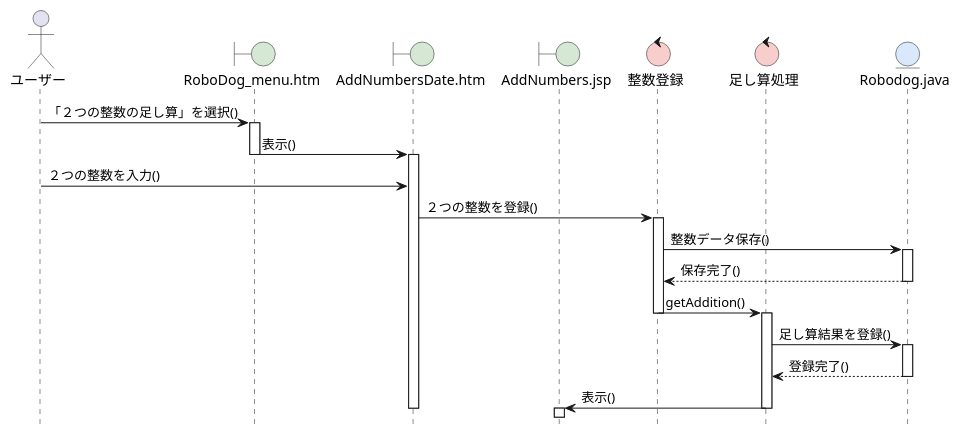
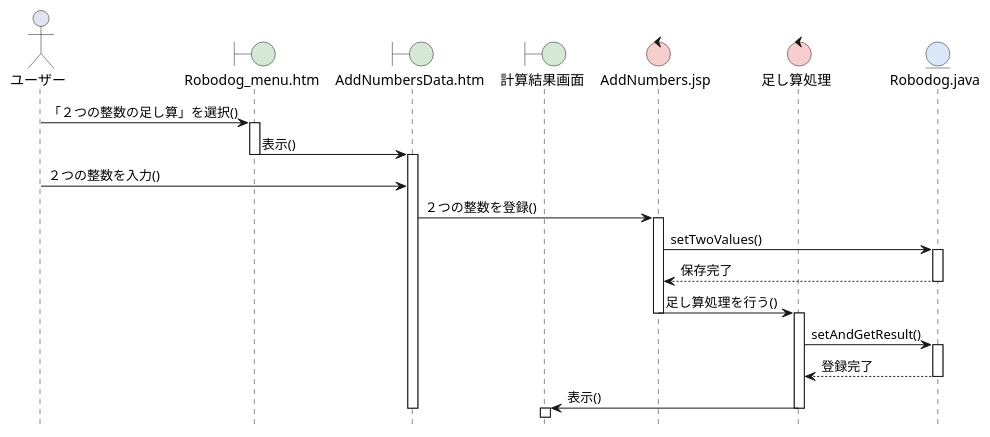
The diagram in 9月16日_資料/9月16日_資料/06_robo_dog/sequence_03_addition.pu (n4tuki/OharaUML), drawn with PlantUML before and after one commit. The commit also changed 7 other files, not shown here.

```diff
--- a/9月16日_資料/9月16日_資料/06_robo_dog/sequence_03_addition.pu
+++ b/9月16日_資料/9月16日_資料/06_robo_dog/sequence_03_addition.pu
@@ -1,44 +1,44 @@
 @startuml RoboDog-２つの整数の足し算シーケンス図
 hide footbox
 skinparam boundaryBackgroundColor #D5E8D4
 skinparam controlBackgroundColor  #F8CECC
 skinparam entityBackgroundColor   #DAE8FC
-
+ 
 actor ユーザー as A
-boundary RoboDog_menu.htm as B1
-boundary "AddNumbersDate.htm" as B2
-boundary "AddNumbers.jsp" as B3
-control 整数登録 as C1
+boundary "Robodog_menu.htm" as B1
+boundary "AddNumbersData.htm" as B2
+boundary 計算結果画面 as B3
+control "AddNumbers.jsp" as C1
 control 足し算処理 as C2
 entity "Robodog.java" as E
-
+ 
 A -> B1: 「２つの整数の足し算」を選択()
 activate B1
-
+ 
 B1 -> B2: 表示()
 deactivate B1
 activate B2
-
+ 
 A -> B2: ２つの整数を入力()
-
+ 
 B2 -> C1: ２つの整数を登録()
 activate C1
-C1 -> E: 整数データ保存()
+C1 -> E: setTwoValues()
 activate E
-E --> C1: 保存完了()
+E --> C1: 保存完了
 deactivate E
-
-C1 -> C2: getAddition()
+ 
+C1 -> C2: 足し算処理を行う()
 deactivate C1
 activate C2
-C2 -> E: 足し算結果を登録()
+C2 -> E: setAndGetResult()
 activate E
-E --> C2: 登録完了()
+E --> C2: 登録完了
 deactivate E
-
+ 
 C2 -> B3: 表示()
 deactivate C2
 deactivate B2
 activate B3
-
+ 
 @enduml
```
